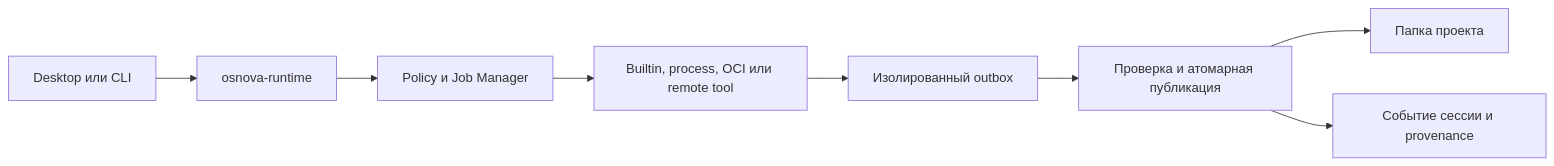
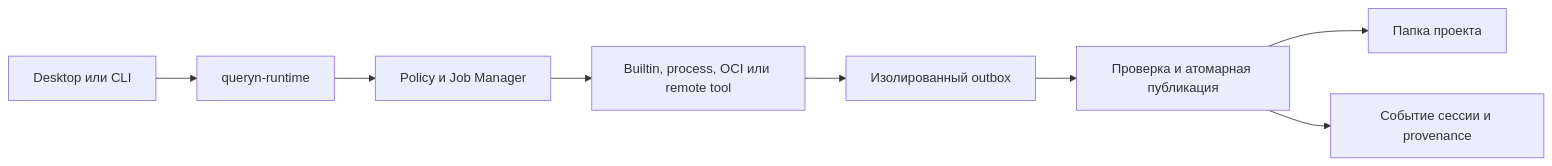
One commit to Queryn-labs/queryn-docs changed the diagram in docs/architecture/overview.md. Above: the diagram before and after it, drawn with Mermaid. The commit also changed other lines of this file and 48 other files, not shown here.

````diff
--- a/docs/architecture/overview.md
+++ b/docs/architecture/overview.md
@@ -40,10 +40,10 @@
 ```mermaid
 flowchart LR
-  Desktop["Desktop или CLI"] --> Runtime["osnova-runtime"]
+  Desktop["Desktop или CLI"] --> Runtime["queryn-runtime"]
   Runtime --> Policy["Policy и Job Manager"]
   Policy --> Tool["Builtin, process, OCI или remote tool"]
   Tool --> Outbox["Изолированный outbox"]
   Outbox --> Publish["Проверка и атомарная публикация"]
   Publish --> Project["Папка проекта"]
   Publish --> Session["Событие сессии и provenance"]
 ```
````
